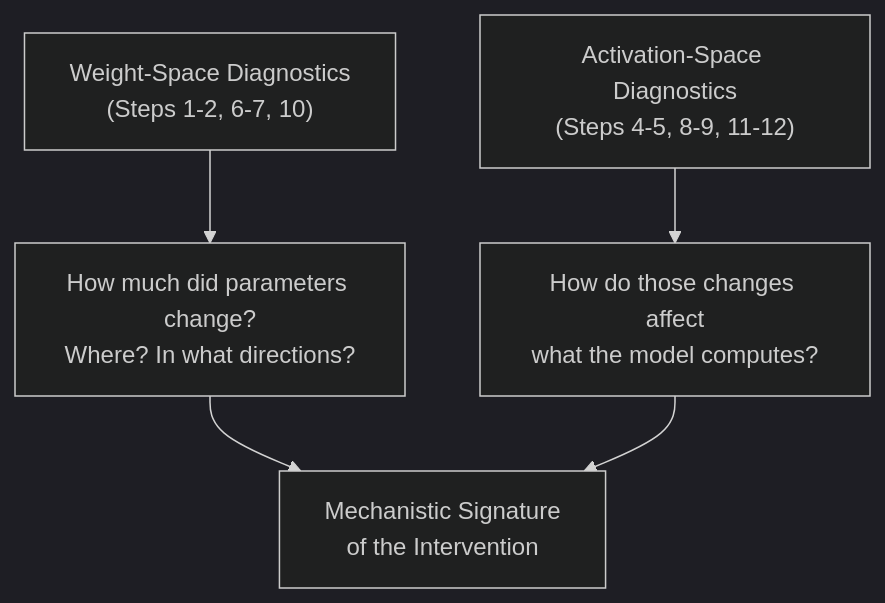
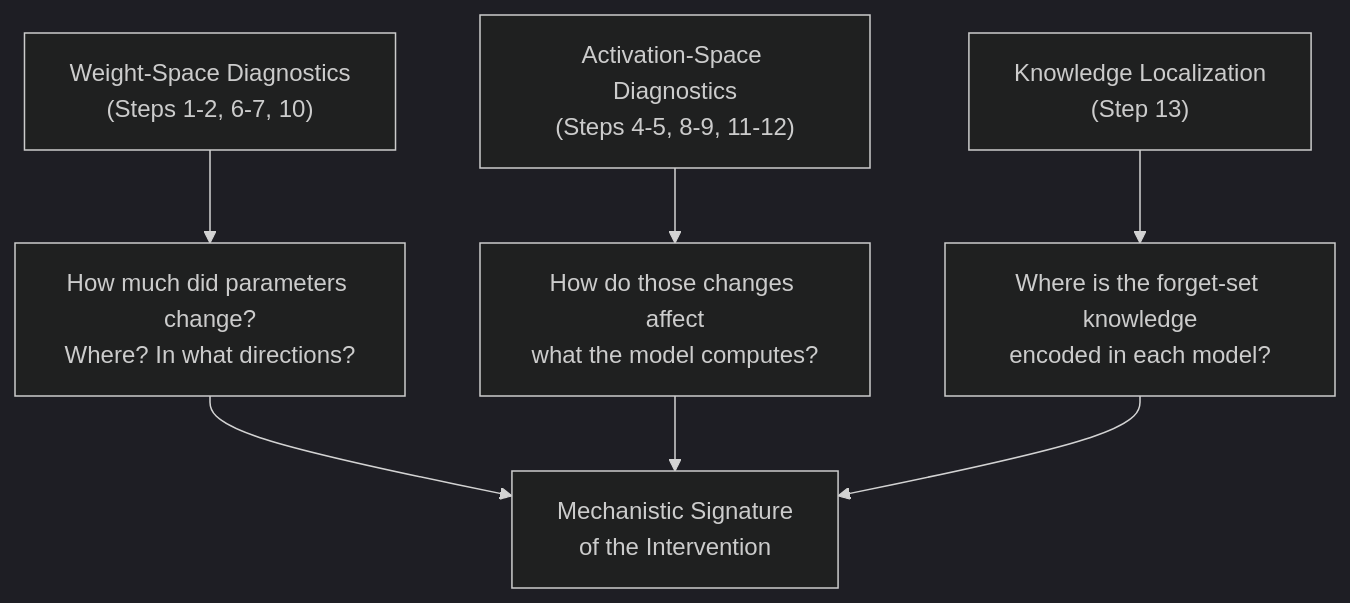
The diagram in README.md (jammastergirish/CambridgeERA), drawn with Mermaid (dark theme) before and after one commit. The commit also changed other lines of this file and 2 other files, not shown here.

````diff
--- a/README.md
+++ b/README.md
@@ -54,7 +54,9 @@
 ```mermaid
 graph TD
     A["Weight-Space Diagnostics<br/>(Steps 1-2, 6-7, 10)"] --> C["How much did parameters change?<br/>Where? In what directions?"]
     B["Activation-Space Diagnostics<br/>(Steps 4-5, 8-9, 11-12)"] --> D["How do those changes affect<br/>what the model computes?"]
+    F["Knowledge Localization<br/>(Step 13)"] --> G["Where is the forget-set knowledge<br/>encoded in each model?"]
     C --> E["Mechanistic Signature<br/>of the Intervention"]
     D --> E
+    G --> E
 ```
````
